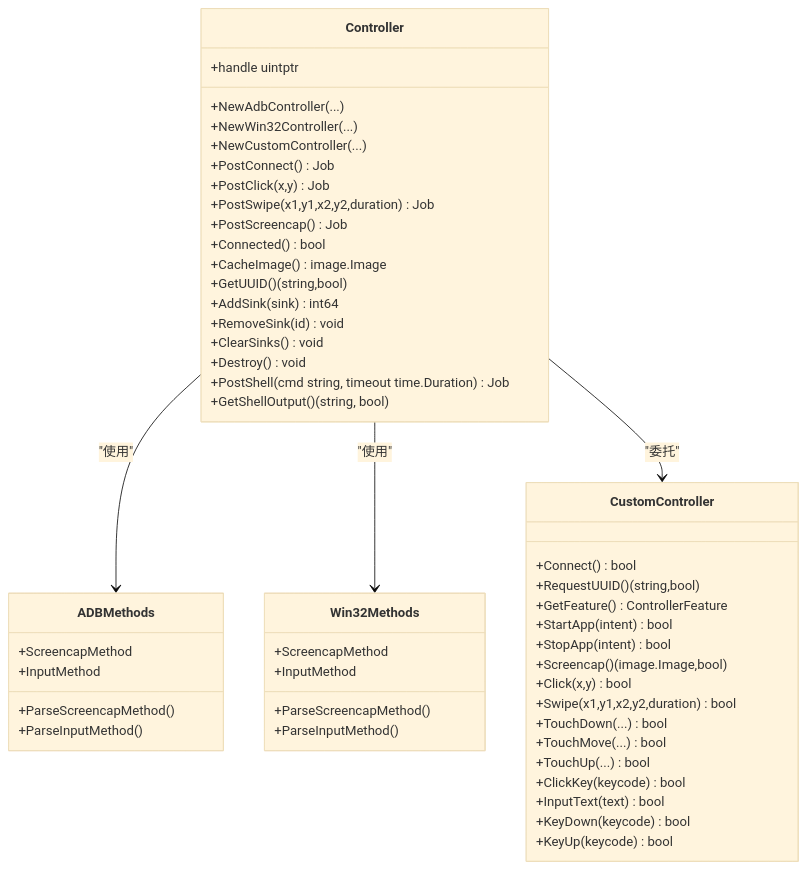
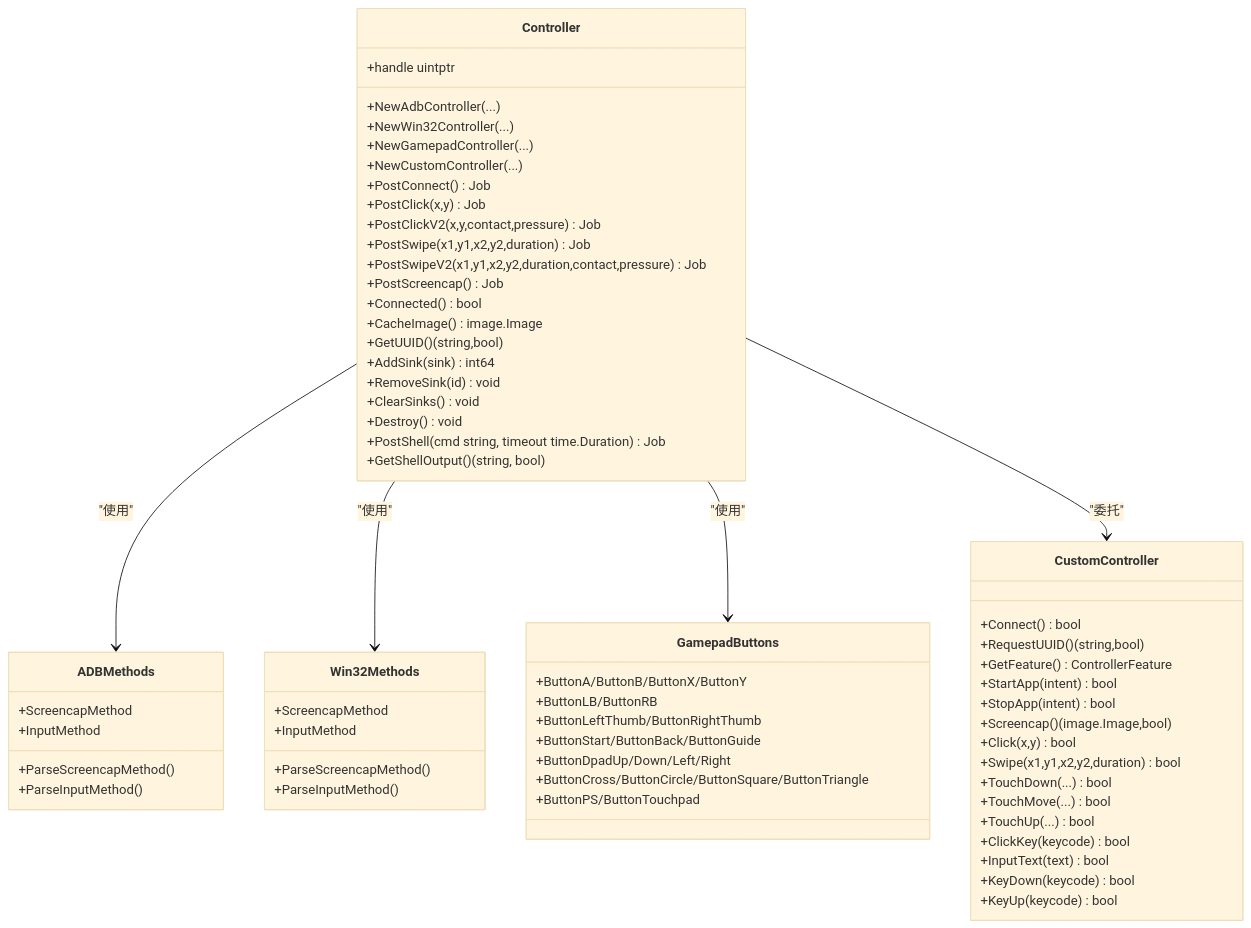
One commit to kqcoxn/MaaPipelineEditor changed the third of 3 diagrams in instructions/maafw-golang-binding/核心概念/控制器 (Controller)/控制器 (Controller).md. Above: the diagram before and after it, drawn with Mermaid (base theme). The commit also changed other lines of this file and 7 other files, not shown here.

````diff
--- a/instructions/maafw-golang-binding/核心概念/控制器 (Controller)/控制器 (Controller).md
+++ b/instructions/maafw-golang-binding/核心概念/控制器 (Controller)/控制器 (Controller).md
@@ -256,54 +290,67 @@
 ```mermaid
 classDiagram
 class Controller {
 +handle uintptr
 +NewAdbController(...)
 +NewWin32Controller(...)
++NewGamepadController(...)
 +NewCustomController(...)
 +PostConnect() Job
 +PostClick(x,y) Job
++PostClickV2(x,y,contact,pressure) Job
 +PostSwipe(x1,y1,x2,y2,duration) Job
++PostSwipeV2(x1,y1,x2,y2,duration,contact,pressure) Job
 +PostScreencap() Job
 +Connected() bool
 +CacheImage() image.Image
 +GetUUID() (string,bool)
 +AddSink(sink) int64
 +RemoveSink(id) void
 +ClearSinks() void
 +Destroy() void
 +PostShell(cmd string, timeout time.Duration) Job
 +GetShellOutput() (string, bool)
 }
 class ADBMethods {
 +ScreencapMethod
 +InputMethod
 +ParseScreencapMethod()
 +ParseInputMethod()
 }
 class Win32Methods {
 +ScreencapMethod
 +InputMethod
 +ParseScreencapMethod()
 +ParseInputMethod()
 }
+class GamepadButtons {
++ButtonA/ButtonB/ButtonX/ButtonY
++ButtonLB/ButtonRB
++ButtonLeftThumb/ButtonRightThumb
++ButtonStart/ButtonBack/ButtonGuide
++ButtonDpadUp/Down/Left/Right
++ButtonCross/ButtonCircle/ButtonSquare/ButtonTriangle
++ButtonPS/ButtonTouchpad
+}
 class CustomController {
 +Connect() bool
 +RequestUUID() (string,bool)
 +GetFeature() ControllerFeature
 +StartApp(intent) bool
 +StopApp(intent) bool
 +Screencap() (image.Image,bool)
 +Click(x,y) bool
 +Swipe(x1,y1,x2,y2,duration) bool
 +TouchDown(...) bool
 +TouchMove(...) bool
 +TouchUp(...) bool
 +ClickKey(keycode) bool
 +InputText(text) bool
 +KeyDown(keycode) bool
 +KeyUp(keycode) bool
 }
 Controller --> ADBMethods : "使用"
 Controller --> Win32Methods : "使用"
+Controller --> GamepadButtons : "使用"
 Controller --> CustomController : "委托"
 ```
````
